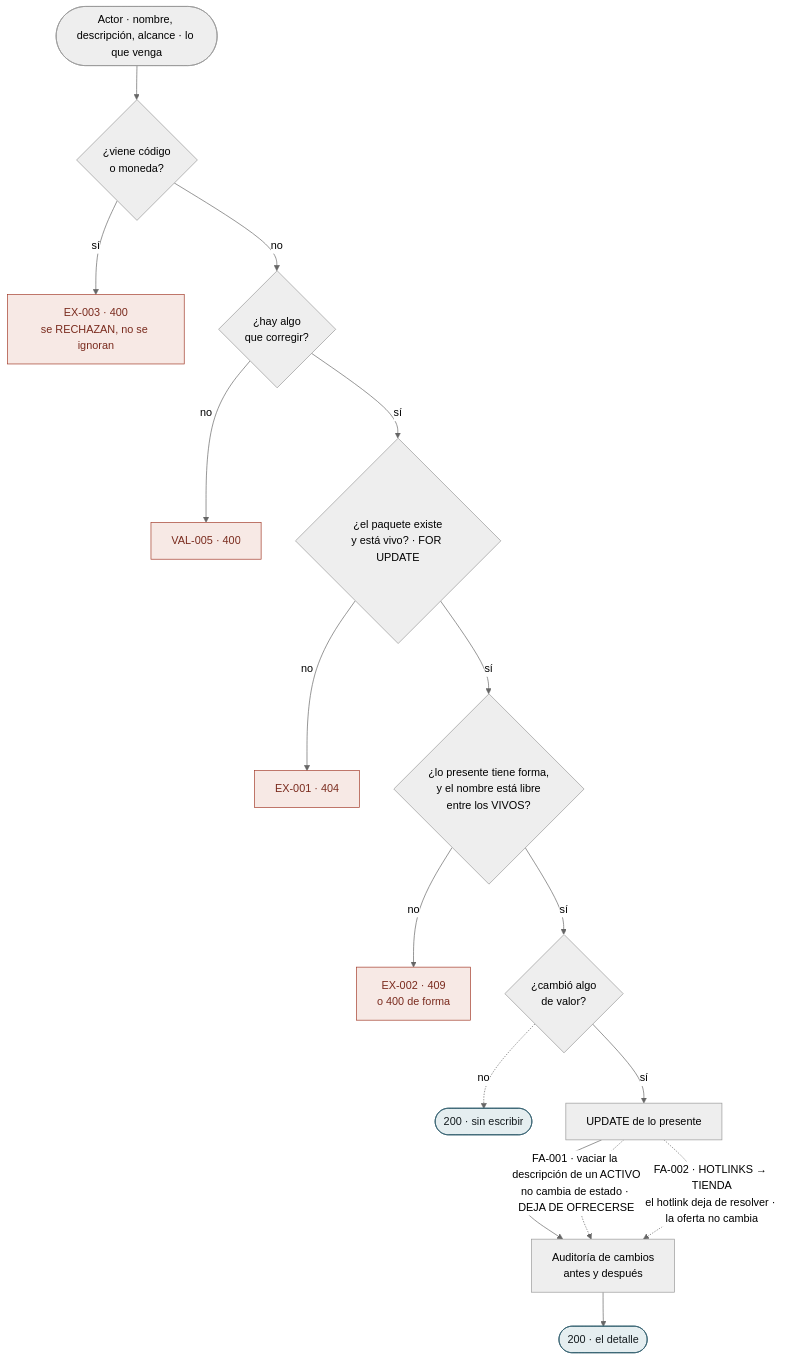
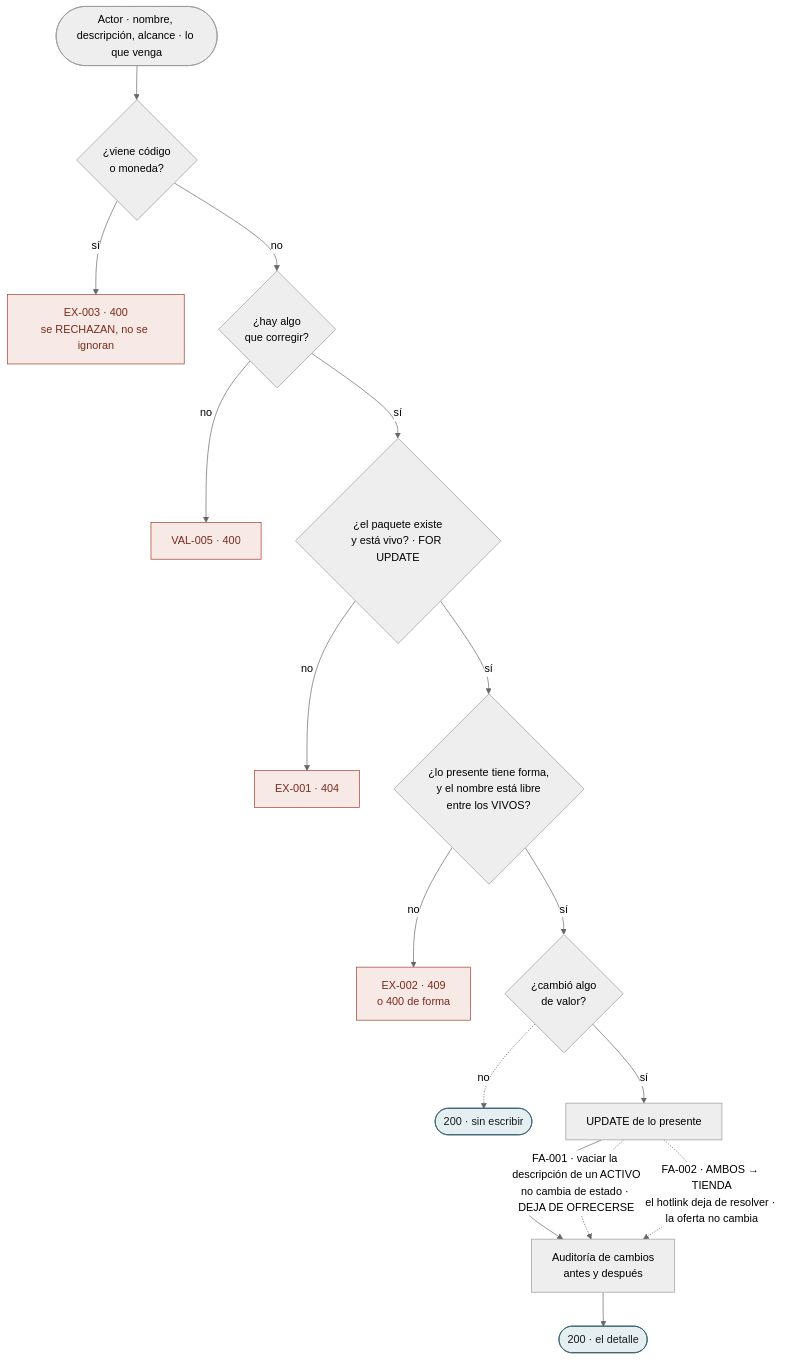
Before and after one commit to NexusPro-Dev/backend: diagram 13 of 18 in docs/flujos/pm/flujos-por-caso.md, drawn with Mermaid (neutral theme). The commit also changed other lines of this file and 31 other files, not shown here.

````diff
--- a/docs/flujos/pm/flujos-por-caso.md
+++ b/docs/flujos/pm/flujos-por-caso.md
@@ -452,24 +452,24 @@
 ```mermaid
 flowchart TD
     A(["Actor · nombre, descripción, alcance · lo que venga"])
     A --> V0{"¿viene código<br/>o moneda?"}
     V0 -->|"sí"| E3["EX-003 · 400<br/>se RECHAZAN, no se ignoran"]
     V0 -->|no| V00{"¿hay algo<br/>que corregir?"}
     V00 -->|no| E00["VAL-005 · 400"]
     V00 -->|sí| V1{"¿el paquete existe<br/>y está vivo? · FOR UPDATE"}
     V1 -->|no| E1["EX-001 · 404"]
     V1 -->|sí| V2{"¿lo presente tiene forma,<br/>y el nombre está libre<br/>entre los VIVOS?"}
     V2 -->|no| E2["EX-002 · 409<br/>o 400 de forma"]
     V2 -->|sí| V3{"¿cambió algo<br/>de valor?"}
     V3 -.->|no| SIN(["200 · sin escribir"])
     V3 -->|sí| P1["UPDATE de lo presente"]
     P1 --> P2["Auditoría de cambios<br/>antes y después"]
     P2 --> FIN(["200 · el detalle"])
     P1 -.->|"FA-001 · vaciar la descripción de un ACTIVO<br/>no cambia de estado · DEJA DE OFRECERSE"| P2
-    P1 -.->|"FA-002 · HOTLINKS → TIENDA<br/>el hotlink deja de resolver · la oferta no cambia"| P2
+    P1 -.->|"FA-002 · AMBOS → TIENDA<br/>el hotlink deja de resolver · la oferta no cambia"| P2
 
     classDef ex fill:#F7E9E5,stroke:#A33B2A,color:#7A2B1E
     classDef ok fill:#E5EEF0,stroke:#2D5A6B,color:#141B1E
     class E00,E1,E2,E3 ex
     class FIN,SIN ok
 ```
````
